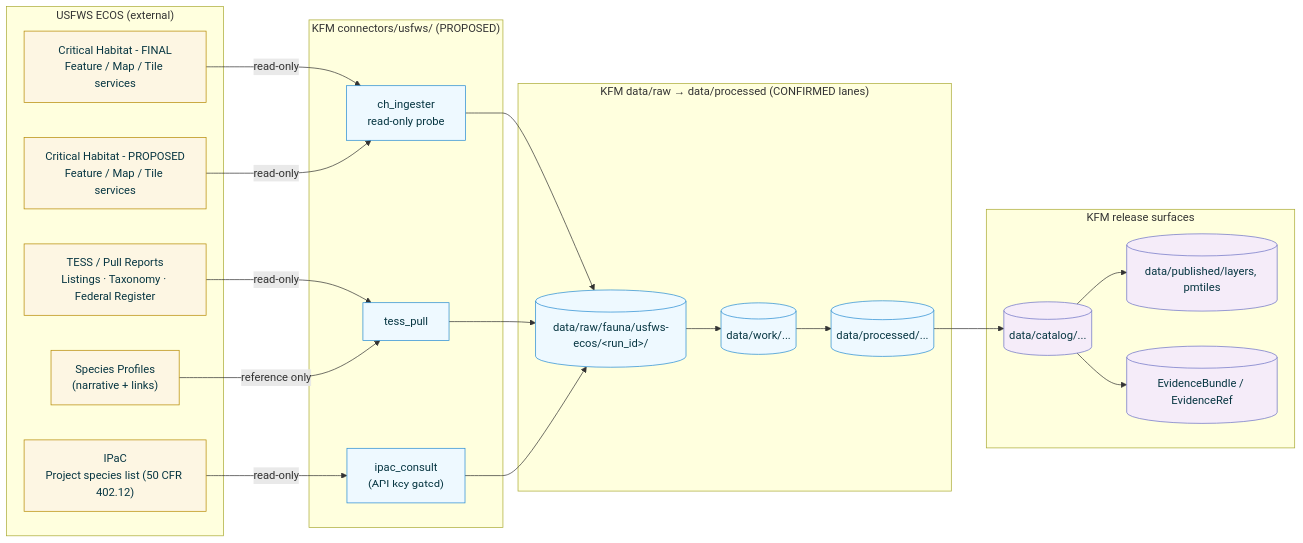
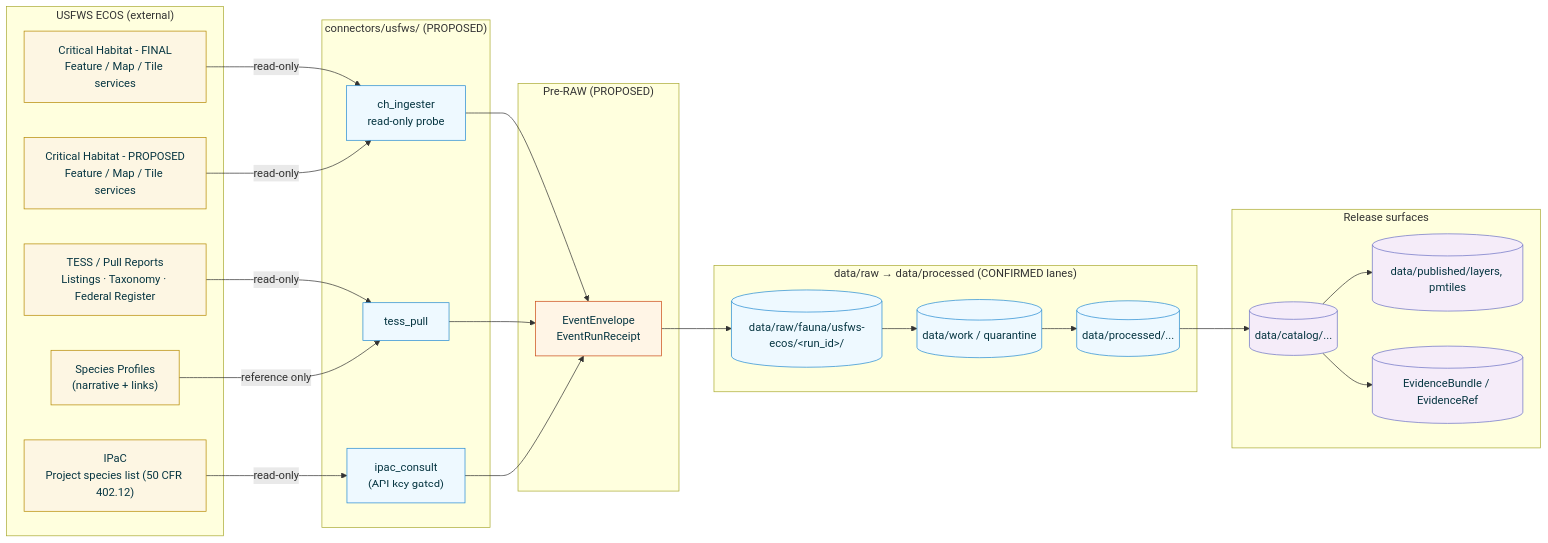
The first of 2 diagrams in docs/sources/catalog/usfws_ecos/README.md (bartytime4life/Kansas-Frontier-Matrix), drawn with Mermaid before and after one commit. The commit also changed other lines of this file, not shown here.

````diff
--- a/docs/sources/catalog/usfws_ecos/README.md
+++ b/docs/sources/catalog/usfws_ecos/README.md
@@ -146,48 +168,55 @@
 ```mermaid
 flowchart LR
   subgraph ECOS["USFWS ECOS (external)"]
     CHfinal["Critical Habitat - FINAL<br/>Feature / Map / Tile services"]
     CHprop["Critical Habitat - PROPOSED<br/>Feature / Map / Tile services"]
     TESS["TESS / Pull Reports<br/>Listings · Taxonomy · Federal Register"]
     IPAC["IPaC<br/>Project species list (50 CFR 402.12)"]
     PROFILE["Species Profiles<br/>(narrative + links)"]
   end
 
-  subgraph KFM_CON["KFM connectors/usfws/ (PROPOSED)"]
+  subgraph KFM_CON["connectors/usfws/ (PROPOSED)"]
     CONN_CH["ch_ingester<br/>read-only probe"]
     CONN_TESS["tess_pull"]
     CONN_IPAC["ipac_consult<br/>(API-key gated)"]
   end
 
-  subgraph KFM_DATA["KFM data/raw → data/processed (CONFIRMED lanes)"]
+  subgraph KFM_PRE["Pre-RAW (PROPOSED)"]
+    EVT["EventEnvelope<br/>EventRunReceipt"]
+  end
+
+  subgraph KFM_DATA["data/raw → data/processed (CONFIRMED lanes)"]
     RAW[("data/raw/fauna/usfws-ecos/&lt;run_id&gt;/")]
-    WORK[("data/work/...")]
+    WORK[("data/work / quarantine")]
     PROC[("data/processed/...")]
   end
 
-  subgraph KFM_REL["KFM release surfaces"]
+  subgraph KFM_REL["Release surfaces"]
     CAT[("data/catalog/...")]
     PUB[("data/published/layers, pmtiles")]
     EVD[("EvidenceBundle / EvidenceRef")]
   end
 
   CHfinal -->|read-only| CONN_CH
   CHprop  -->|read-only| CONN_CH
   TESS    -->|read-only| CONN_TESS
   IPAC    -->|read-only| CONN_IPAC
   PROFILE -->|reference only| CONN_TESS
 
-  CONN_CH   --> RAW
-  CONN_TESS --> RAW
-  CONN_IPAC --> RAW
+  CONN_CH   --> EVT
+  CONN_TESS --> EVT
+  CONN_IPAC --> EVT
 
+  EVT --> RAW
   RAW --> WORK --> PROC --> CAT --> PUB
   CAT --> EVD
 
   classDef ext fill:#fdf6e3,stroke:#b58900,color:#073642;
   classDef kfm fill:#eef9ff,stroke:#268bd2,color:#073642;
+  classDef pre fill:#fff5e6,stroke:#cb4b16,color:#073642;
   classDef rel fill:#f5ecf9,stroke:#6c71c4,color:#073642;
   class CHfinal,CHprop,TESS,IPAC,PROFILE ext;
   class CONN_CH,CONN_TESS,CONN_IPAC,RAW,WORK,PROC kfm;
+  class EVT pre;
   class CAT,PUB,EVD rel;
 ```
````
